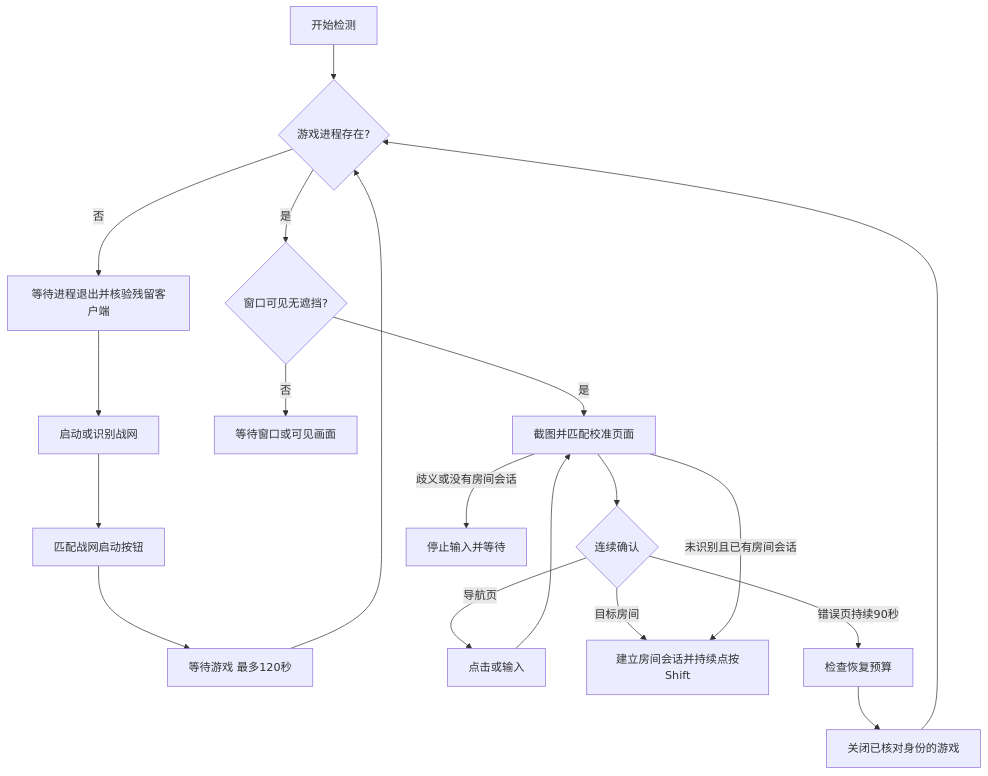
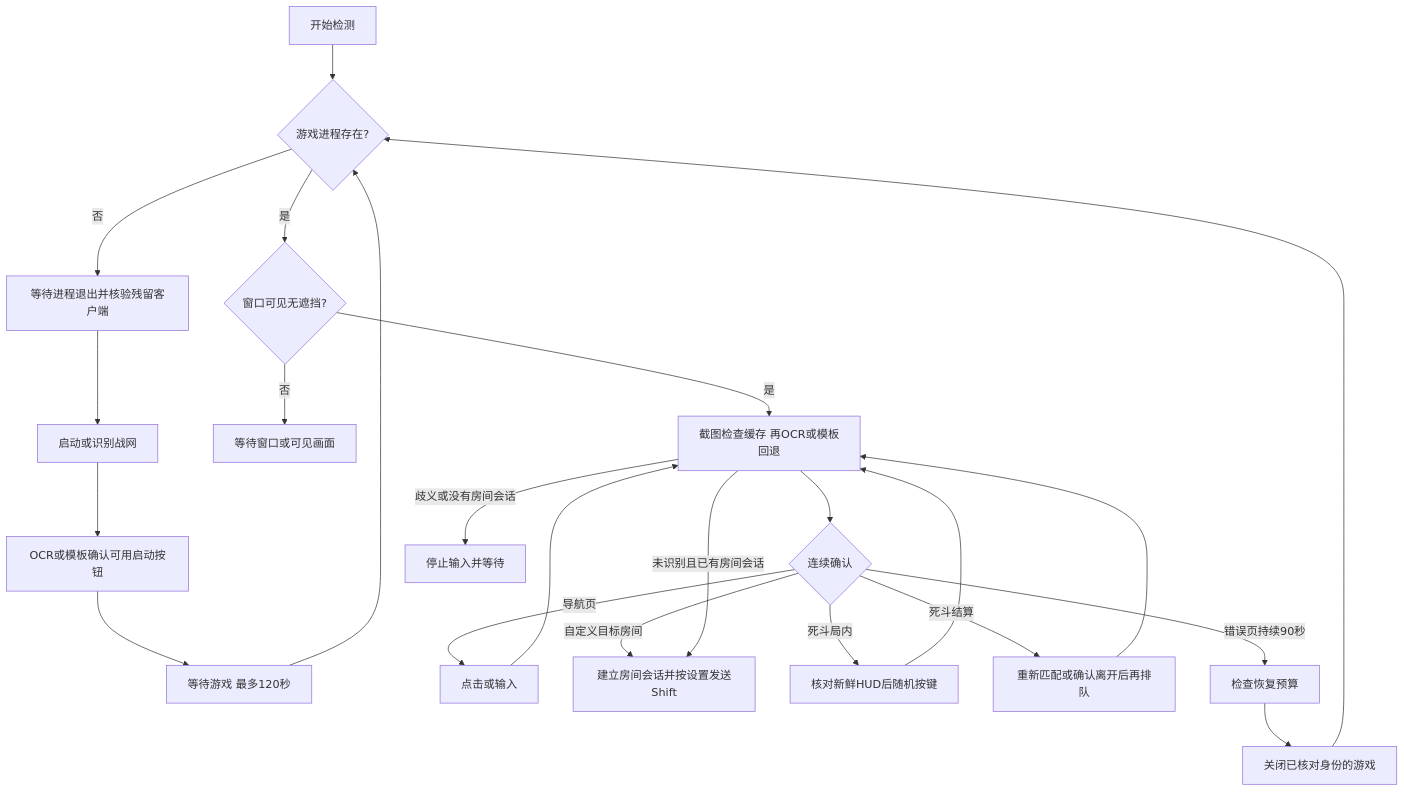
One commit to Shawn-Bing/owh-pocket-lantern changed the diagram in docs/ARCHITECTURE.md. Above: the diagram before and after it, drawn with Mermaid. The commit also changed other lines of this file and 40 other files, not shown here.

````diff
--- a/docs/ARCHITECTURE.md
+++ b/docs/ARCHITECTURE.md
@@ -29,21 +37,25 @@
 ```mermaid
 flowchart TD
     A[开始检测] --> B{游戏进程存在?}
     B -- 否 --> P[等待进程退出并核验残留客户端]
     P --> C[启动或识别战网]
-    C --> D[匹配战网启动按钮]
+    C --> D[OCR或模板确认可用启动按钮]
     D --> E[等待游戏 最多120秒]
     E --> B
     B -- 是 --> F{窗口可见无遮挡?}
     F -- 否 --> G[等待窗口或可见画面]
-    F -- 是 --> H[截图并匹配校准页面]
+    F -- 是 --> H[截图检查缓存 再OCR或模板回退]
     H --> I{连续确认}
     I -- 导航页 --> J[点击或输入]
     J --> H
-    I -- 目标房间 --> K[建立房间会话并持续点按Shift]
+    I -- 自定义目标房间 --> K[建立房间会话并按设置发送Shift]
+    I -- 死斗局内 --> O[核对新鲜HUD后随机按键]
+    O --> H
+    I -- 死斗结算 --> Q[重新匹配或确认离开后再排队]
+    Q --> H
     I -- 错误页持续90秒 --> L[检查恢复预算]
     L --> M[关闭已核对身份的游戏]
     M --> B
     H -- 未识别且已有房间会话 --> K
     H -- 歧义或没有房间会话 --> N[停止输入并等待]
 ```
````
